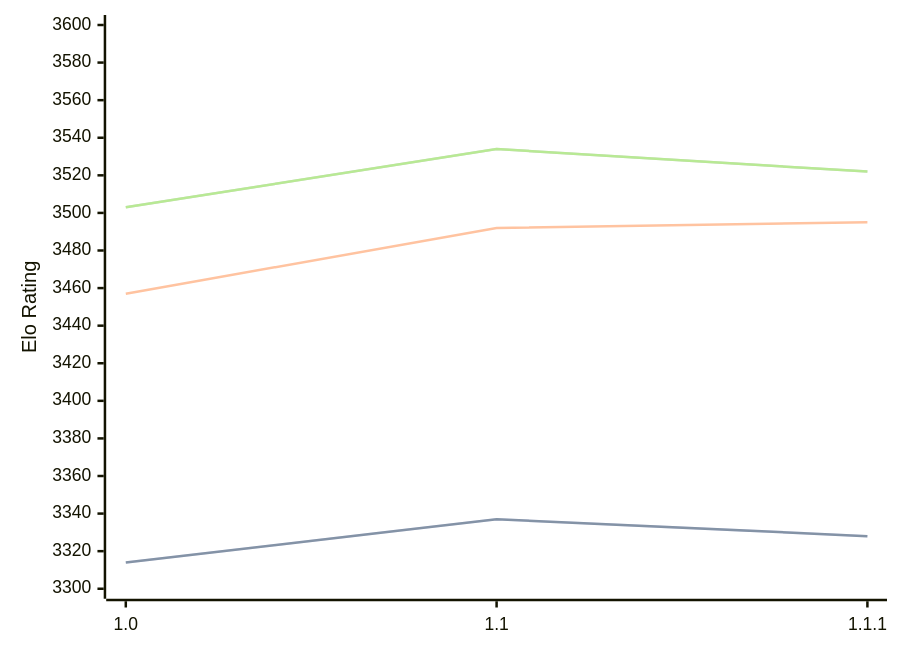
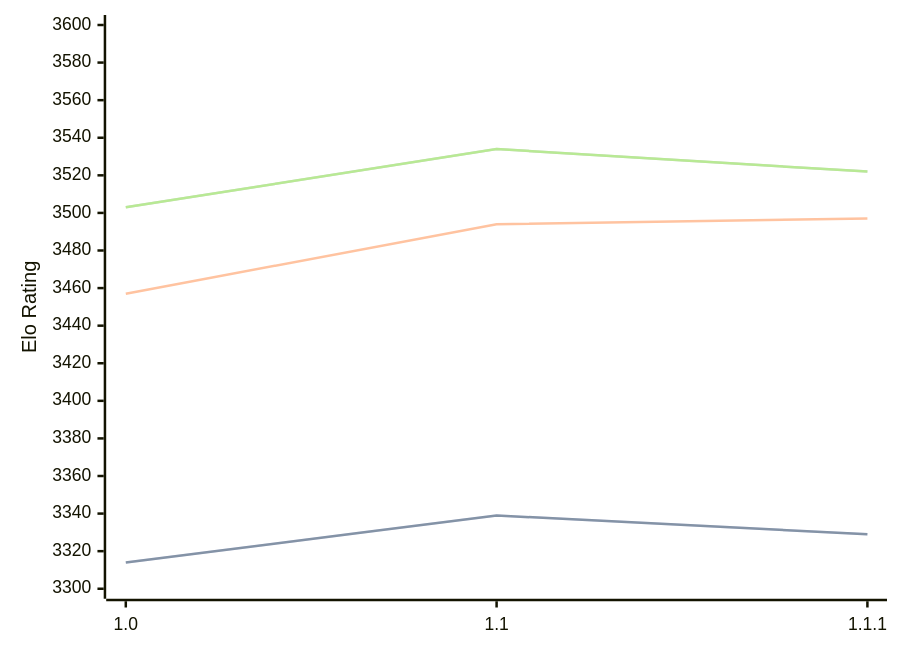
The diagram in engines/Icarus.md (computer-chess-index/cci), drawn with Mermaid before and after one commit. The commit also changed other lines of this file, not shown here.

````diff
--- a/engines/Icarus.md
+++ b/engines/Icarus.md
@@ -33,11 +33,11 @@
 ```mermaid
 %%{init: {"theme":"base","themeVariables":{"seriesColors:['#a3a3a3','#222221','#faa371']}}}%%
 xychart-beta
   x-axis ["1.0", "1.1", "1.1.1"]
   y-axis "Elo Rating" 3300 --> 3600
-  line "" [3314, 3337, 3328]
-  line "STC (8.0+0.08s)" [3314, 3337, 3328]
-  line "LTC (60.0+0.60s)" [3457, 3492, 3495]
+  line "" [3314, 3339, 3329]
+  line "STC (8.0+0.08s)" [3314, 3339, 3329]
+  line "LTC (60.0+0.60s)" [3457, 3494, 3497]
   line "" [3503, 3534, 3522]
   line "VLTC (2m24s+1.12s)" [3503, 3534, 3522]
 ```
````
